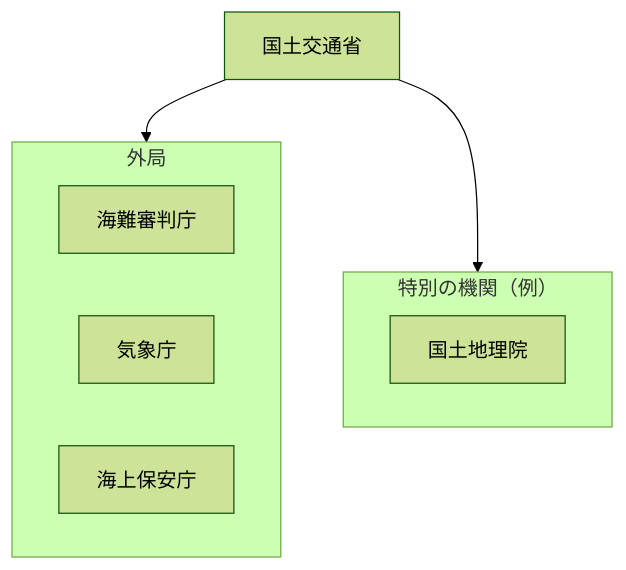
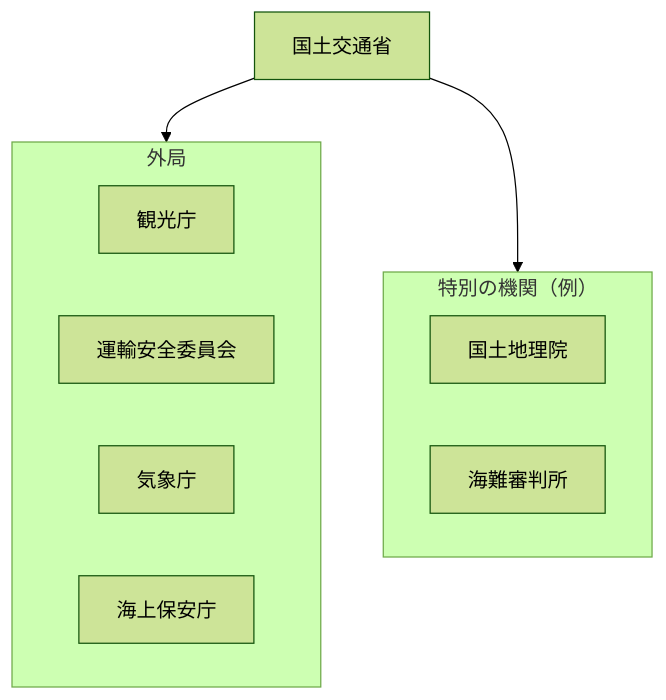
One commit to tatemaru/jp-admin-org-chart changed the diagram in 行政機構/国土交通省/README.md. Above: the diagram before and after it, drawn with Mermaid (forest theme). The commit also changed 1 other file, not shown here.

Commit message:
feat(観光庁・運輸安全委員会): 観光庁・運輸安全委員会を設置
根拠: 国土交通省設置法改正等
施行: 2008-10-01
出典: https://ja.wikipedia.org/wiki/外局
関連: 海難審判庁を再編

種別: 設置

````diff
--- a/行政機構/国土交通省/README.md
+++ b/行政機構/国土交通省/README.md
@@ -5,14 +5,16 @@
 ```mermaid
 flowchart TB
   root["国土交通省"]
   subgraph g0["外局"]
-    n0_0["海難審判庁"]
-    n0_1["気象庁"]
-    n0_2["海上保安庁"]
+    n0_0["観光庁"]
+    n0_1["運輸安全委員会"]
+    n0_2["気象庁"]
+    n0_3["海上保安庁"]
   end
   root --> g0
   subgraph g1["特別の機関（例）"]
     n1_0["国土地理院"]
+    n1_1["海難審判所"]
   end
   root --> g1
 ```
````
